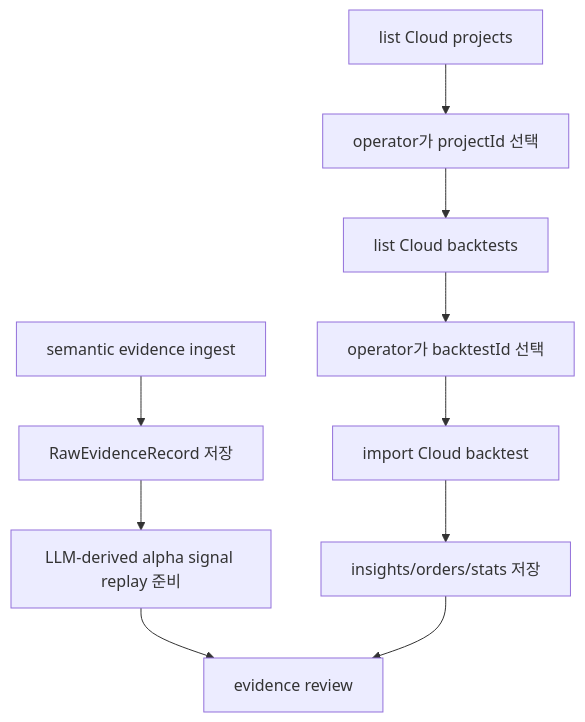
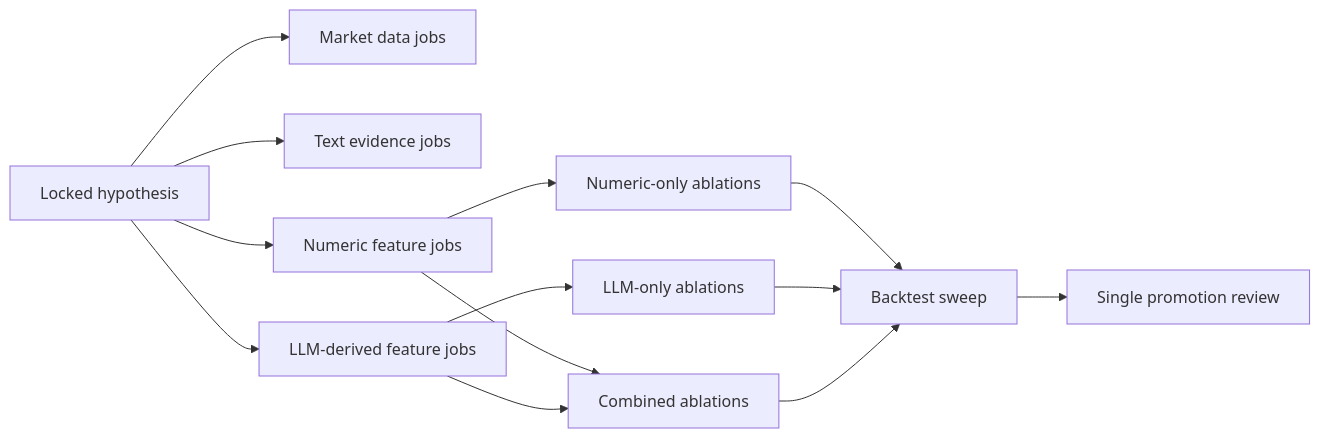
One commit to gigio1023/lincei-quant-research-engine changed the third of 3 diagrams in result.md. Above: the diagram before and after it, drawn with Mermaid. The commit also changed other lines of this file and 54 other files, not shown here.

````diff
--- a/result.md
+++ b/result.md
@@ -388,14 +146,15 @@
 ```mermaid
-flowchart TD
-    A["semantic evidence ingest"] --> B["RawEvidenceRecord 저장"]
-    B --> C["LLM-derived alpha signal replay 준비"]
-
-    D["list Cloud projects"] --> E["operator가 projectId 선택"]
-    E --> F["list Cloud backtests"]
-    F --> G["operator가 backtestId 선택"]
-    G --> H["import Cloud backtest"]
-    H --> I["insights/orders/stats 저장"]
-
-    C --> J["evidence review"]
-    I --> J
+graph LR
+    A["Locked hypothesis"] --> B["Market data jobs"]
+    A --> C["Text evidence jobs"]
+    A --> D["Numeric feature jobs"]
+    A --> E["LLM-derived feature jobs"]
+    D --> F["Numeric-only ablations"]
+    E --> G["LLM-only ablations"]
+    D --> H["Combined ablations"]
+    E --> H
+    F --> I["Backtest sweep"]
+    G --> I
+    H --> I
+    I --> J["Single promotion review"]
 ```
````
